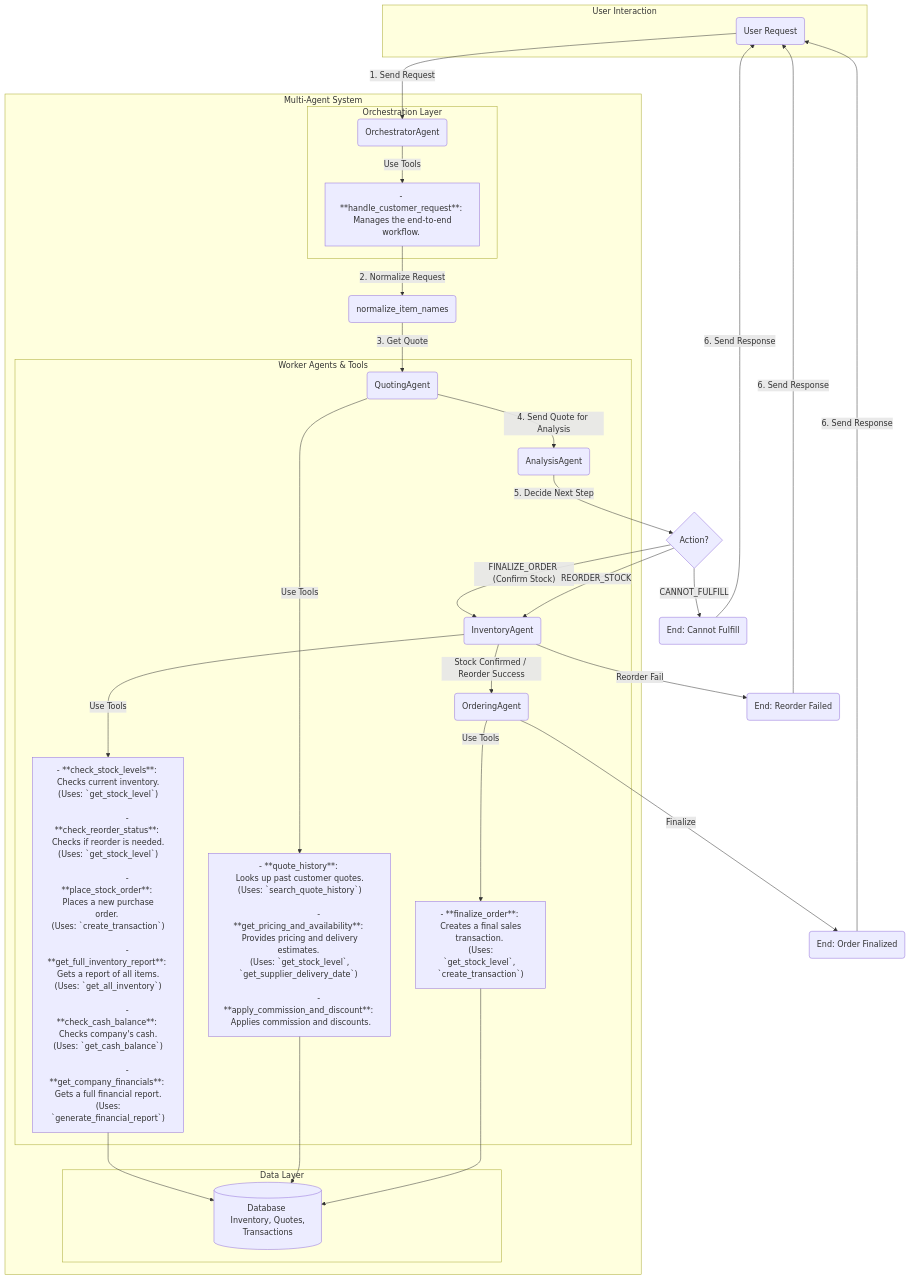
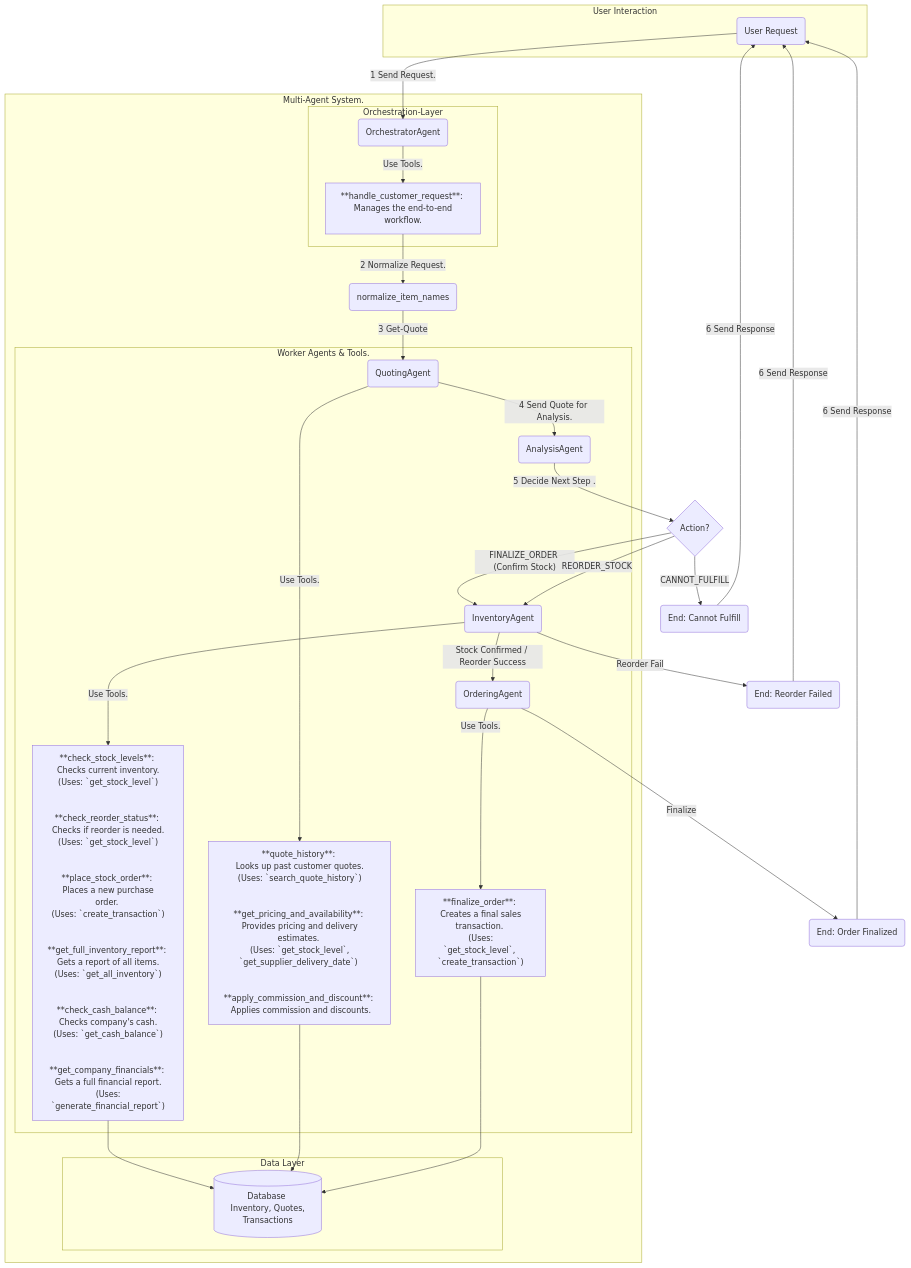
Before and after one commit to irafayabdul/multi-agent-system_munder-difflin_paper_company: the diagram in workflow_diagram.md, drawn with Mermaid. The commit also changed 1 other file, not shown here.

Commit message:
fixing workflow diagram

````diff
--- a/workflow_diagram.md
+++ b/workflow_diagram.md
@@ -1,72 +1,72 @@
 ```mermaid
 graph TD
     subgraph "User Interaction"
         UserRequest("User Request")
     end
 
-    subgraph "Multi-Agent System"
-        subgraph "Orchestration Layer"
+    subgraph "Multi-Agent System."
+        subgraph "Orchestration-Layer"
             Orchestrator("OrchestratorAgent")
             OrchestratorTools["
-                - **handle_customer_request**: <br/> Manages the end-to-end workflow. <br/>
+                **handle_customer_request**: <br/> Manages the end-to-end workflow.<br/>
             "]
         end
         
         Normalize["
-                - **normalize_item_names**: <br/> Standardizes item names in the request.
+                **normalize_item_names**: <br/> Standardizes item names in the request.
             "]
 
-        subgraph "Worker Agents & Tools"
+        subgraph "Worker Agents & Tools."
             Inventory("InventoryAgent")
             Quoting("QuotingAgent")
             Ordering("OrderingAgent")
             Analysis("AnalysisAgent")
 
             InventoryTools["
-                - **check_stock_levels**: <br/> Checks current inventory. <br/> (Uses: `get_stock_level`) <br/>
-                - **check_reorder_status**: <br/> Checks if reorder is needed. <br/> (Uses: `get_stock_level`) <br/>
-                - **place_stock_order**: <br/> Places a new purchase order. <br/> (Uses: `create_transaction`) <br/>
-                - **get_full_inventory_report**: <br/> Gets a report of all items. <br/> (Uses: `get_all_inventory`) <br/>
-                - **check_cash_balance**: <br/> Checks company's cash. <br/> (Uses: `get_cash_balance`) <br/>
-                - **get_company_financials**: <br/> Gets a full financial report. <br/> (Uses: `generate_financial_report`)
+                **check_stock_levels**: <br/> Checks current inventory. <br/> (Uses: `get_stock_level`) <br/>
+                **check_reorder_status**: <br/> Checks if reorder is needed. <br/> (Uses: `get_stock_level`) <br/>
+                **place_stock_order**: <br/> Places a new purchase order. <br/> (Uses: `create_transaction`) <br/>
+                **get_full_inventory_report**: <br/> Gets a report of all items. <br/> (Uses: `get_all_inventory`) <br/>
+                **check_cash_balance**: <br/> Checks company's cash. <br/> (Uses: `get_cash_balance`) <br/>
+                **get_company_financials**: <br/> Gets a full financial report. <br/> (Uses: `generate_financial_report`)
             "]
             QuotingTools["
-                - **quote_history**: <br/> Looks up past customer quotes. <br/> (Uses: `search_quote_history`) <br/>
-                - **get_pricing_and_availability**: <br/> Provides pricing and delivery estimates. <br/> (Uses: `get_stock_level`, `get_supplier_delivery_date`) <br/>
-                - **apply_commission_and_discount**: <br/> Applies commission and discounts.
+                **quote_history**: <br/> Looks up past customer quotes. <br/> (Uses: `search_quote_history`) <br/>
+                **get_pricing_and_availability**: <br/> Provides pricing and delivery estimates. <br/> (Uses: `get_stock_level`, `get_supplier_delivery_date`) <br/>
+                **apply_commission_and_discount**: <br/> Applies commission and discounts.
             "]
             OrderingTools["
-                - **finalize_order**: <br/> Creates a final sales transaction. <br/> (Uses: `get_stock_level`, `create_transaction`)
+                **finalize_order**: <br/> Creates a final sales transaction. <br/> (Uses: `get_stock_level`, `create_transaction`)
             "]
         end
 
         subgraph "Data Layer"
         DBFuncs[(Database <br/> Inventory, Quotes, Transactions)]
     end
     end
 
     %% --- Relationships ---
-    Orchestrator -- "Use Tools" --> OrchestratorTools
-    Inventory -- "Use Tools" --> InventoryTools
-    Quoting -- "Use Tools" --> QuotingTools
-    Ordering -- "Use Tools" --> OrderingTools
+    Orchestrator -- "Use Tools." --> OrchestratorTools
+    Inventory -- "Use Tools." --> InventoryTools
+    Quoting -- "Use Tools." --> QuotingTools
+    Ordering -- "Use Tools." --> OrderingTools
     InventoryTools --> DBFuncs
     QuotingTools --> DBFuncs
     OrderingTools --> DBFuncs
 
     %% --- Workflow ---
-    UserRequest -- "1. Send Request" --> Orchestrator
-    OrchestratorTools -- "2. Normalize Request" --> Normalize(normalize_item_names)
-    Normalize -- "3. Get Quote" --> Quoting
-    Quoting -- "4. Send Quote for Analysis" --> Analysis
-    Analysis -- "5. Decide Next Step" --> Decision{Action?}
+    UserRequest -- "1 Send Request." --> Orchestrator
+    OrchestratorTools -- "2 Normalize Request." --> Normalize(normalize_item_names)
+    Normalize -- "3 Get-Quote" --> Quoting
+    Quoting -- "4 Send Quote for Analysis." --> Analysis
+    Analysis -- "5 Decide Next Step ." --> Decision{Action?}
     Decision -- "FINALIZE_ORDER (Confirm Stock)" --> Inventory
     Decision -- "REORDER_STOCK" --> Inventory
     Decision -- "CANNOT_FULFILL" --> CannotFulfill("End: Cannot Fulfill")
     Inventory -- "Stock Confirmed / Reorder Success" --> Ordering
     Inventory -- "Reorder Fail" --> ReorderFail("End: Reorder Failed")
     Ordering -- "Finalize" --> FinalResponse("End: Order Finalized")
-    FinalResponse("End: Order Finalized") -- "6. Send Response" --> UserRequest
-    CannotFulfill("End: Cannot Fulfill") -- "6. Send Response" --> UserRequest
-    ReorderFail("End: Reorder Failed") -- "6. Send Response" --> UserRequest
+    FinalResponse("End: Order Finalized") -- "6 Send Response" --> UserRequest
+    CannotFulfill("End: Cannot Fulfill") -- "6 Send Response" --> UserRequest
+    ReorderFail("End: Reorder Failed") -- "6 Send Response" --> UserRequest
 ```
````
